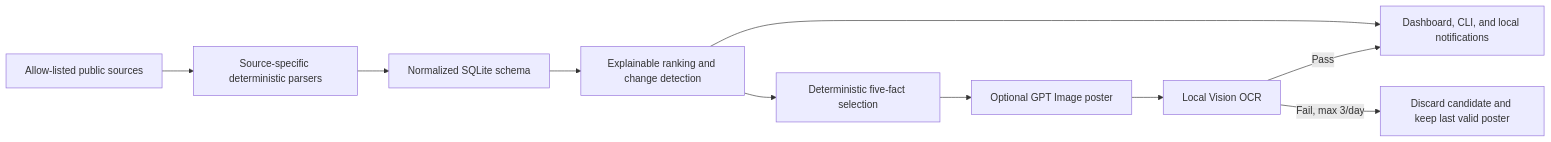
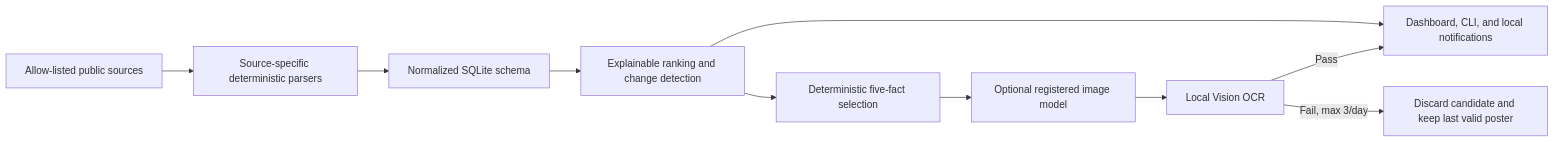
One commit to ai-resource-radar/ai-resource-radar changed the diagram in README.md. Above: the diagram before and after it, drawn with Mermaid. The commit also changed other lines of this file and 33 other files, not shown here.

````diff
--- a/README.md
+++ b/README.md
@@ -136,12 +143,12 @@
 ```mermaid
 flowchart LR
     A[Allow-listed public sources] --> B[Source-specific deterministic parsers]
     B --> C[Normalized SQLite schema]
     C --> D[Explainable ranking and change detection]
     D --> E[Dashboard, CLI, and local notifications]
     D --> F[Deterministic five-fact selection]
-    F --> G[Optional GPT Image poster]
+    F --> G[Optional registered image model]
     G --> H[Local Vision OCR]
     H -->|Pass| E
     H -->|Fail, max 3/day| I[Discard candidate and keep last valid poster]
 ```
````
